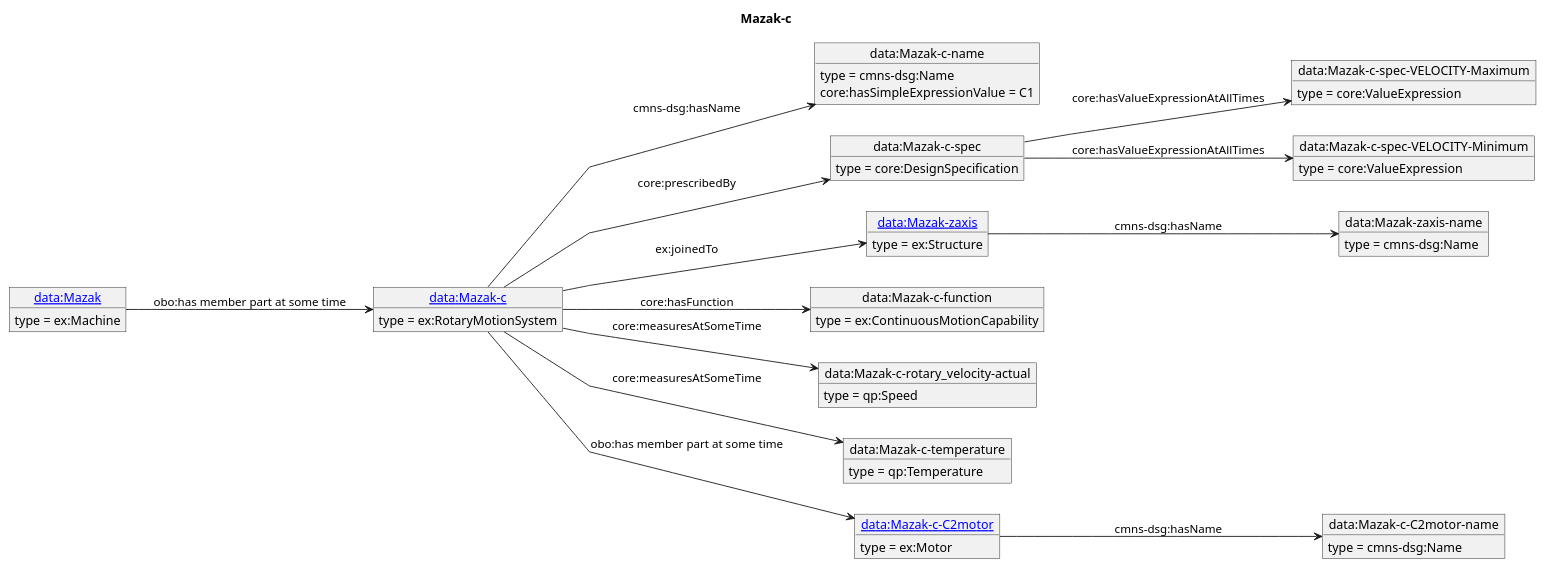
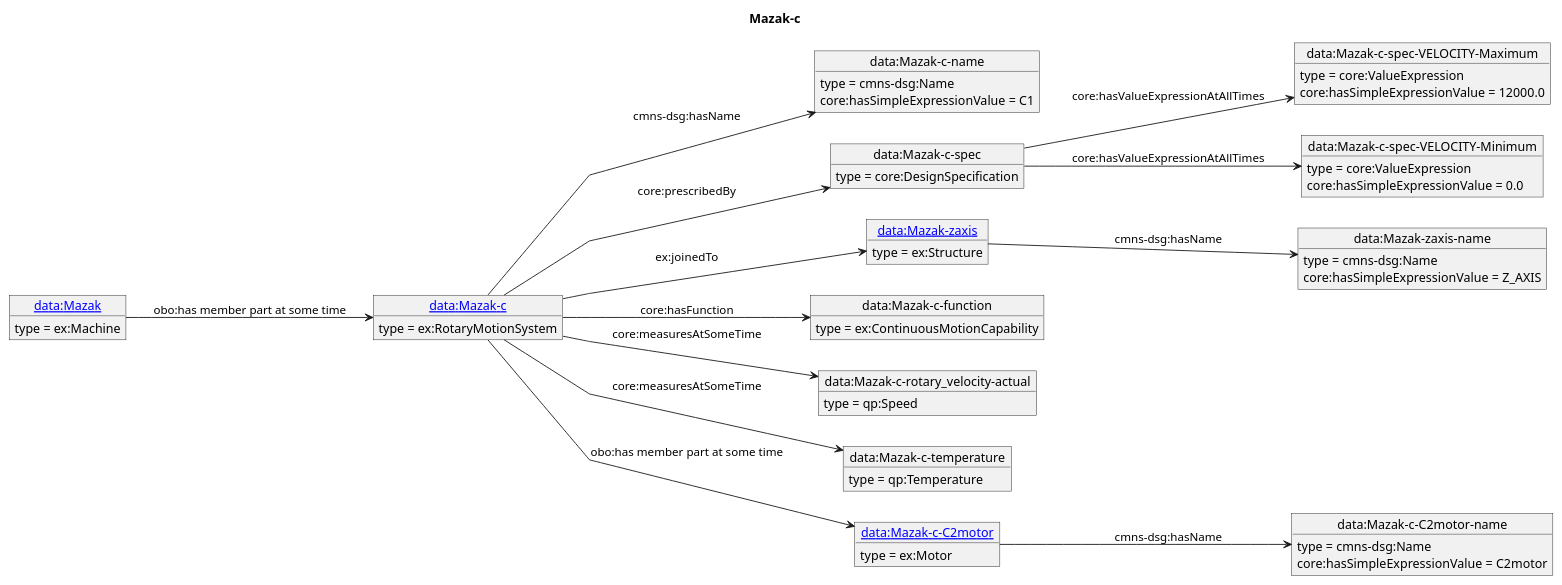
One commit to iofoundry/example-syseng-mtconnect changed the diagram in diagrams/Mazak-c.puml. Above: the diagram before and after it, drawn with PlantUML. The commit also changed 36 other files, not shown here.

```diff
--- a/diagrams/Mazak-c.puml
+++ b/diagrams/Mazak-c.puml
@@ -1,57 +1,61 @@
 @startuml
 skinparam linetype polyline
 left to right direction
 title Mazak-c
 object "[[./Mazak-c.html data:Mazak-c]]" as o1 {
  type = ex:RotaryMotionSystem
  }
 object "data:Mazak-c-name" as o2 {
  type = cmns-dsg:Name
  }
 object "data:Mazak-c-spec" as o3 {
  type = core:DesignSpecification
  }
 object "data:Mazak-c-spec-VELOCITY-Maximum" as o4 {
  type = core:ValueExpression
  }
 object "data:Mazak-c-spec-VELOCITY-Minimum" as o5 {
  type = core:ValueExpression
  }
 object "[[./Mazak-zaxis.html data:Mazak-zaxis]]" as o6 {
  type = ex:Structure
  }
 object "data:Mazak-zaxis-name" as o7 {
  type = cmns-dsg:Name
  }
 object "data:Mazak-c-function" as o8 {
  type = ex:ContinuousMotionCapability
  }
 object "data:Mazak-c-rotary_velocity-actual" as o9 {
  type = qp:Speed
  }
 object "data:Mazak-c-temperature" as o10 {
  type = qp:Temperature
  }
 object "[[./Mazak-c-C2motor.html data:Mazak-c-C2motor]]" as o11 {
  type = ex:Motor
  }
 object "data:Mazak-c-C2motor-name" as o12 {
  type = cmns-dsg:Name
  }
 object "[[./Mazak.html data:Mazak]]" as o13 {
  type = ex:Machine
  }
 o1 --> o2 : cmns-dsg:hasName
 o2 : core:hasSimpleExpressionValue = C1
 o1 --> o3 : core:prescribedBy
 o3 --> o4 : core:hasValueExpressionAtAllTimes
+o4 : core:hasSimpleExpressionValue = 12000.0
 o3 --> o5 : core:hasValueExpressionAtAllTimes
+o5 : core:hasSimpleExpressionValue = 0.0
 o1 --> o6 : ex:joinedTo
 o6 --> o7 : cmns-dsg:hasName
+o7 : core:hasSimpleExpressionValue = Z_AXIS
 o1 --> o8 : core:hasFunction
 o1 --> o9 : core:measuresAtSomeTime
 o1 --> o10 : core:measuresAtSomeTime
 o1 --> o11 : obo:has member part at some time
 o11 --> o12 : cmns-dsg:hasName
+o12 : core:hasSimpleExpressionValue = C2motor
 o13 --> o1 : obo:has member part at some time
 @enduml
```
